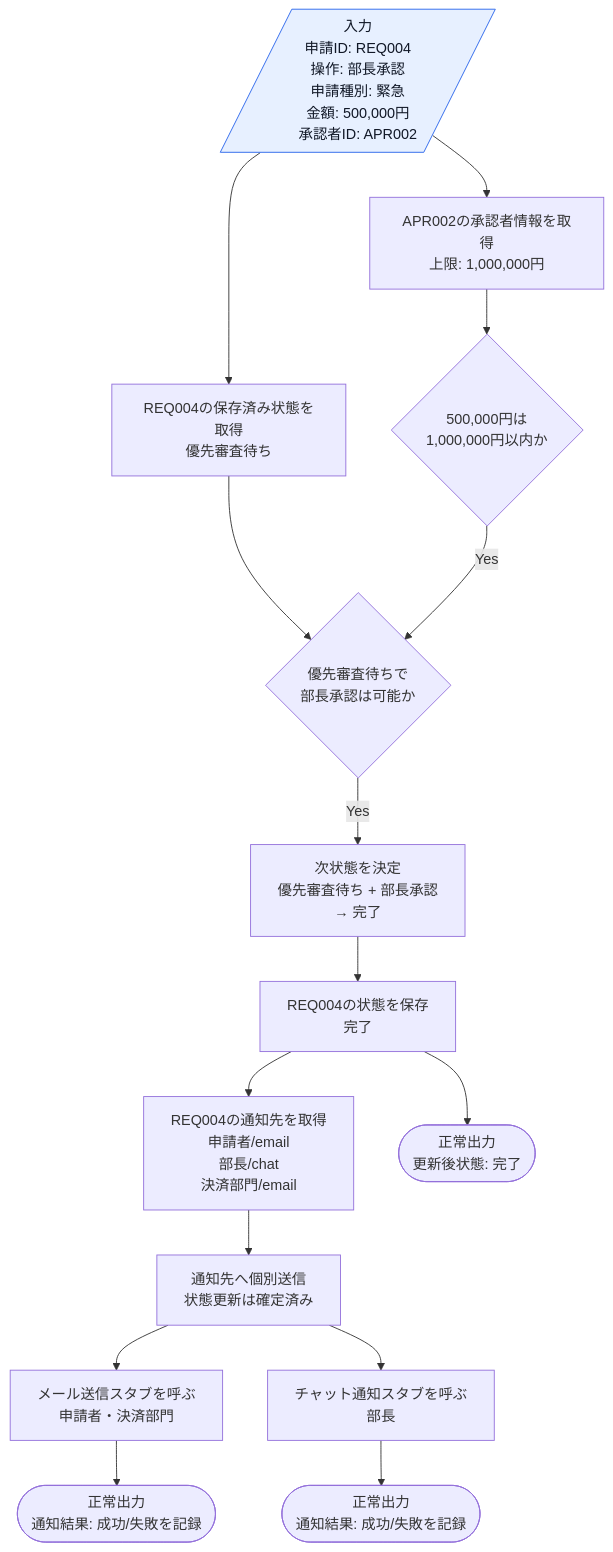
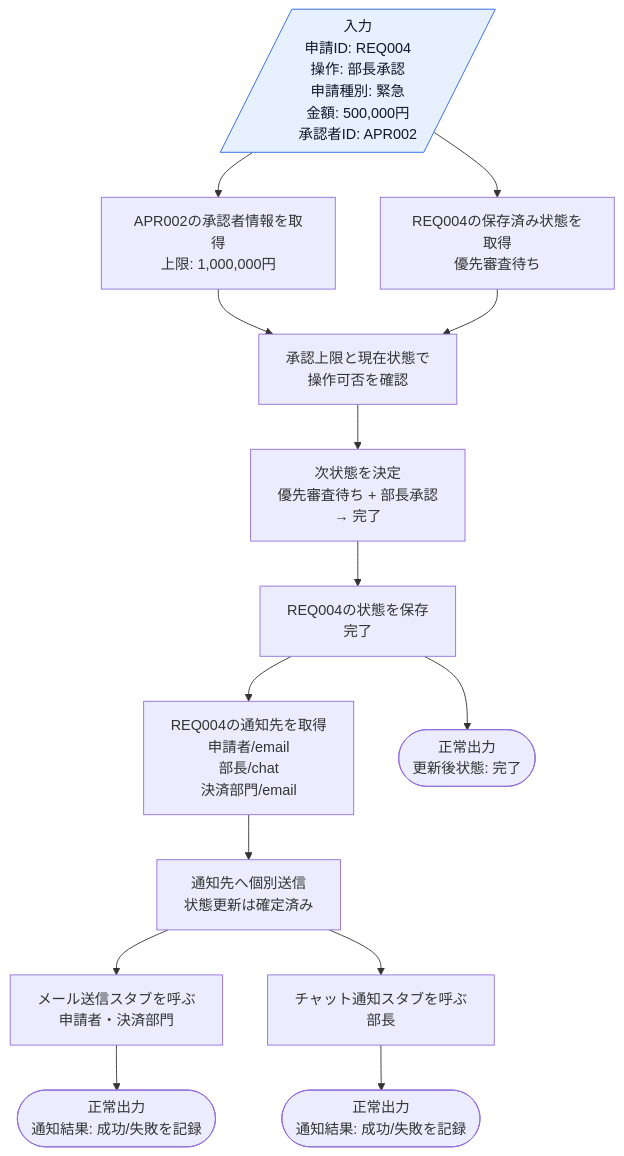
The eighth of 17 diagrams in kindle/design-patterns/output/chapter12.md (kumachan1101-pixel/DesignPattern), drawn with Mermaid before and after one commit. The commit also changed other lines of this file and 20 other files, not shown here.

````diff
--- a/kindle/design-patterns/output/chapter12.md
+++ b/kindle/design-patterns/output/chapter12.md
@@ -608,23 +607,22 @@
 ```mermaid
 flowchart TD
     A[/入力<br>申請ID: REQ004<br>操作: 部長承認<br>申請種別: 緊急<br>金額: 500,000円<br>承認者ID: APR002/]:::input
     A --> B[REQ004の保存済み状態を取得<br>優先審査待ち]
     A --> C[APR002の承認者情報を取得<br>上限: 1,000,000円]
-    C --> D{500,000円は<br>1,000,000円以内か}
-    B --> E{優先審査待ちで<br>部長承認は可能か}
-    D -->|Yes| E
-    E -->|Yes| F[次状態を決定<br>優先審査待ち + 部長承認<br>→ 完了]
+    C --> D[承認上限と現在状態で<br>操作可否を確認]
+    B --> D
+    D --> F[次状態を決定<br>優先審査待ち + 部長承認<br>→ 完了]
     F --> G[REQ004の状態を保存<br>完了]
     G --> H[REQ004の通知先を取得<br>申請者/email<br>部長/chat<br>決済部門/email]
     H --> Q[通知先へ個別送信<br>状態更新は確定済み]
     Q --> I[メール送信スタブを呼ぶ<br>申請者・決済部門]
     Q --> J[チャット通知スタブを呼ぶ<br>部長]
     G --> K([正常出力<br>更新後状態: 完了])
     I --> L([正常出力<br>通知結果: 成功/失敗を記録])
     J --> M([正常出力<br>通知結果: 成功/失敗を記録])
 
     classDef input fill:#e7f0ff,stroke:#2563eb,color:#111827;
     classDef process fill:#fff7ed,stroke:#ea580c,color:#111827;
     classDef decision fill:#fef9c3,stroke:#ca8a04,color:#111827;
     classDef normal fill:#dcfce7,stroke:#16a34a,color:#111827;
 ```
````
